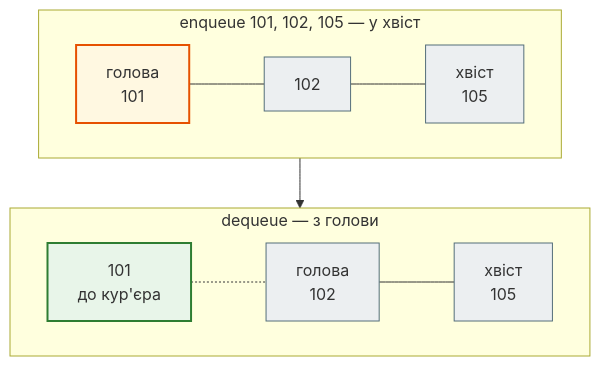
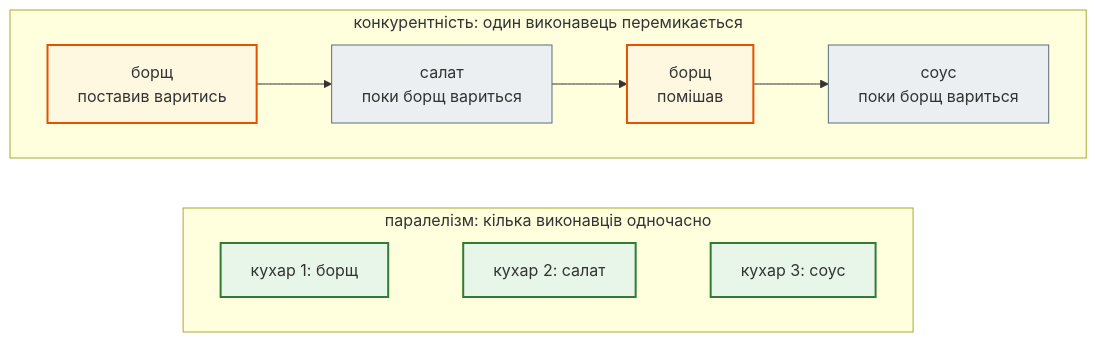
Before and after one commit to AlinaRadchenko/PY-Course-Victor-Nikoriak-22-09-2026: the first of 6 diagrams in docs/modules/m2/lesson_28.md, drawn with Mermaid. The commit also changed other lines of this file and 1846 other files, not shown here.

````diff
--- a/docs/modules/m2/lesson_28.md
+++ b/docs/modules/m2/lesson_28.md
@@ -200,22 +101,22 @@
 ```mermaid
 flowchart TD
     classDef step     fill:#eceff1,stroke:#546e7a,stroke-width:1px;
     classDef decision fill:#e3f2fd,stroke:#1565c0,stroke-width:2px;
     classDef success  fill:#e8f5e9,stroke:#2e7d32,stroke-width:2px;
     classDef error    fill:#ffebee,stroke:#c62828,stroke-width:3px;
     classDef warning  fill:#fff8e1,stroke:#e65100,stroke-width:2px;
 
-    subgraph E["enqueue 101, 102, 105 — у хвіст"]
+    subgraph C["конкурентність: один виконавець перемикається"]
         direction LR
-        E1["голова<br>101"] --- E2["102"] --- E3["хвіст<br>105"]
+        C1["борщ<br>поставив варитись"] --> C2["салат<br>поки борщ вариться"] --> C3["борщ<br>помішав"] --> C4["соус<br>поки борщ вариться"]
     end
-    subgraph D["dequeue — з голови"]
+    subgraph P["паралелізм: кілька виконавців одночасно"]
         direction LR
-        D0["101<br>до кур'єра"] -.- D1["голова<br>102"] --- D2["хвіст<br>105"]
+        P1["кухар 1: борщ"] ~~~ P2["кухар 2: салат"] ~~~ P3["кухар 3: соус"]
     end
-    E --> D
+    C ~~~ P
 
-    class E1 warning
-    class E2,E3,D1,D2 step
-    class D0 success
+    class C1,C3 warning
+    class C2,C4 step
+    class P1,P2,P3 success
 ```
````
